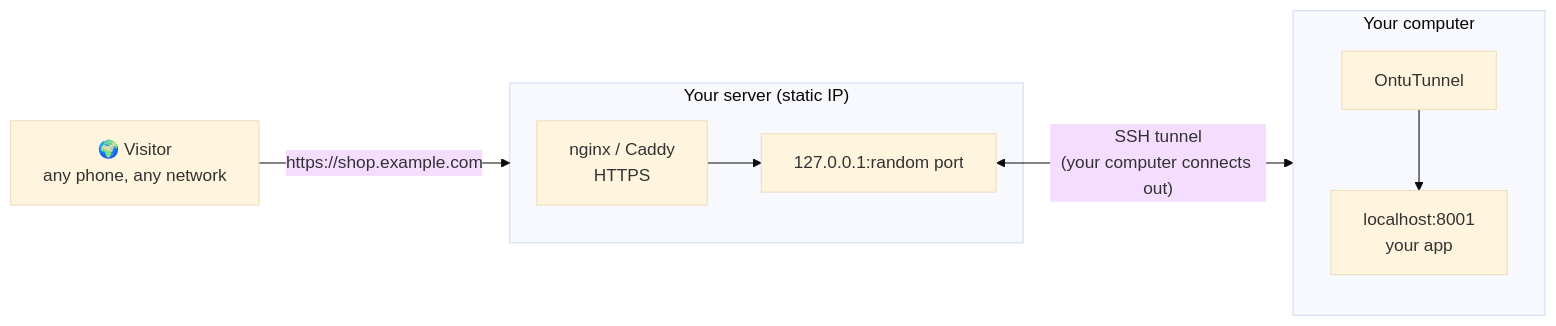
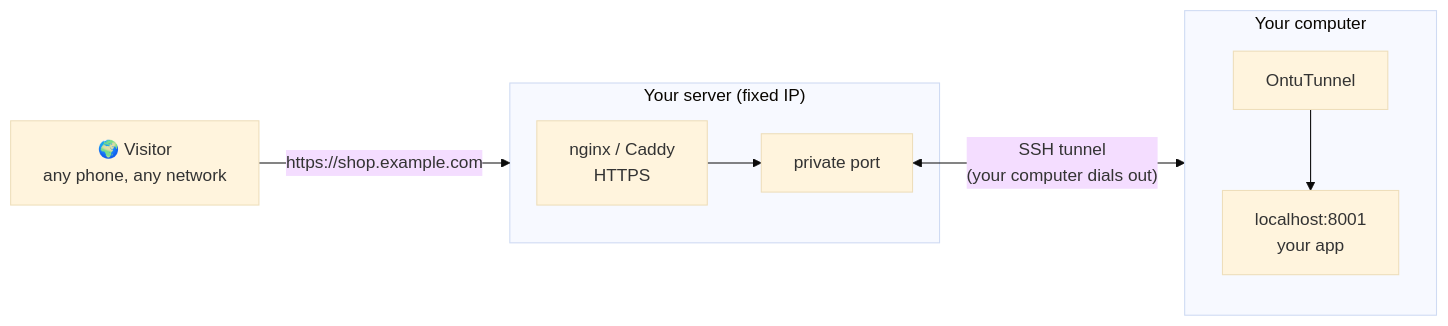
One commit to itsfaiyaz/OntuTunnel changed the diagram in README.md. Above: the diagram before and after it, drawn with Mermaid (base theme). The commit also changed other lines of this file and 17 other files, not shown here.

````diff
--- a/README.md
+++ b/README.md
@@ -65,11 +58,11 @@
 ```mermaid
 flowchart LR
     V["🌍 Visitor<br/>any phone, any network"] -->|"https://shop.example.com"| S
-    subgraph S["Your server (static IP)"]
-      N["nginx / Caddy<br/>HTTPS"] --> P["127.0.0.1:random port"]
+    subgraph S["Your server (fixed IP)"]
+      N["nginx / Caddy<br/>HTTPS"] --> P["private port"]
     end
-    P <-->|"SSH tunnel<br/>(your computer connects out)"| M
+    P <-->|"SSH tunnel<br/>(your computer dials out)"| M
     subgraph M["Your computer"]
       O["OntuTunnel"] --> A["localhost:8001<br/>your app"]
     end
 ```
````
